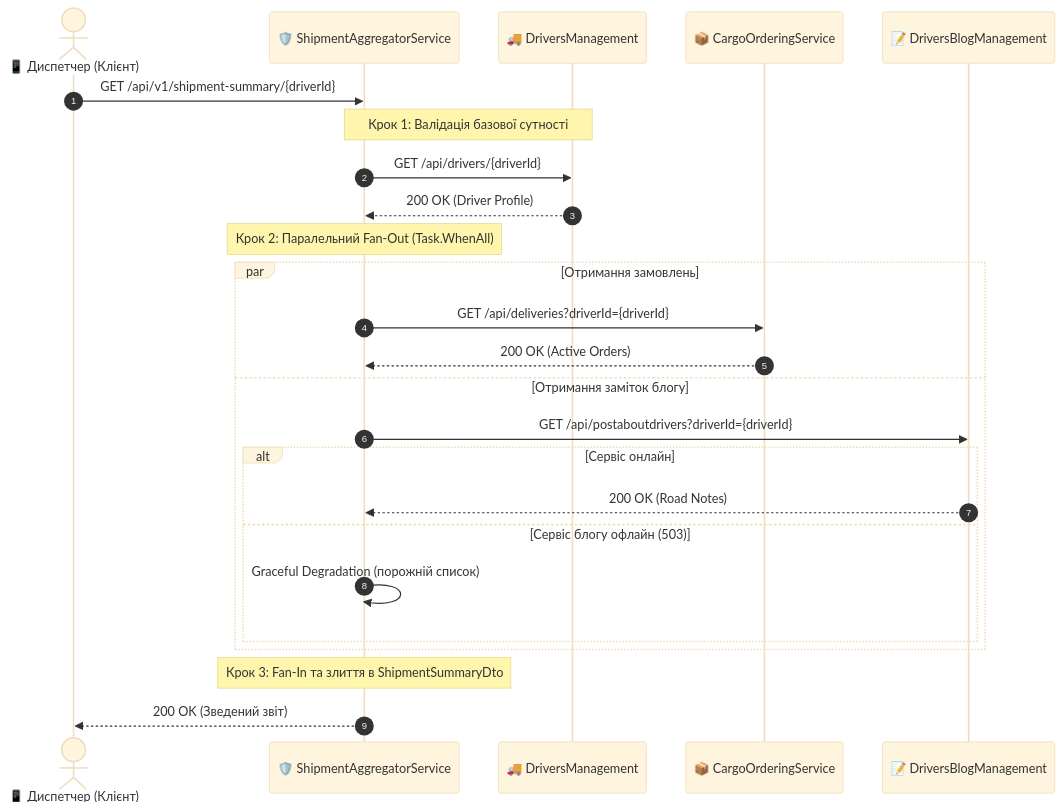
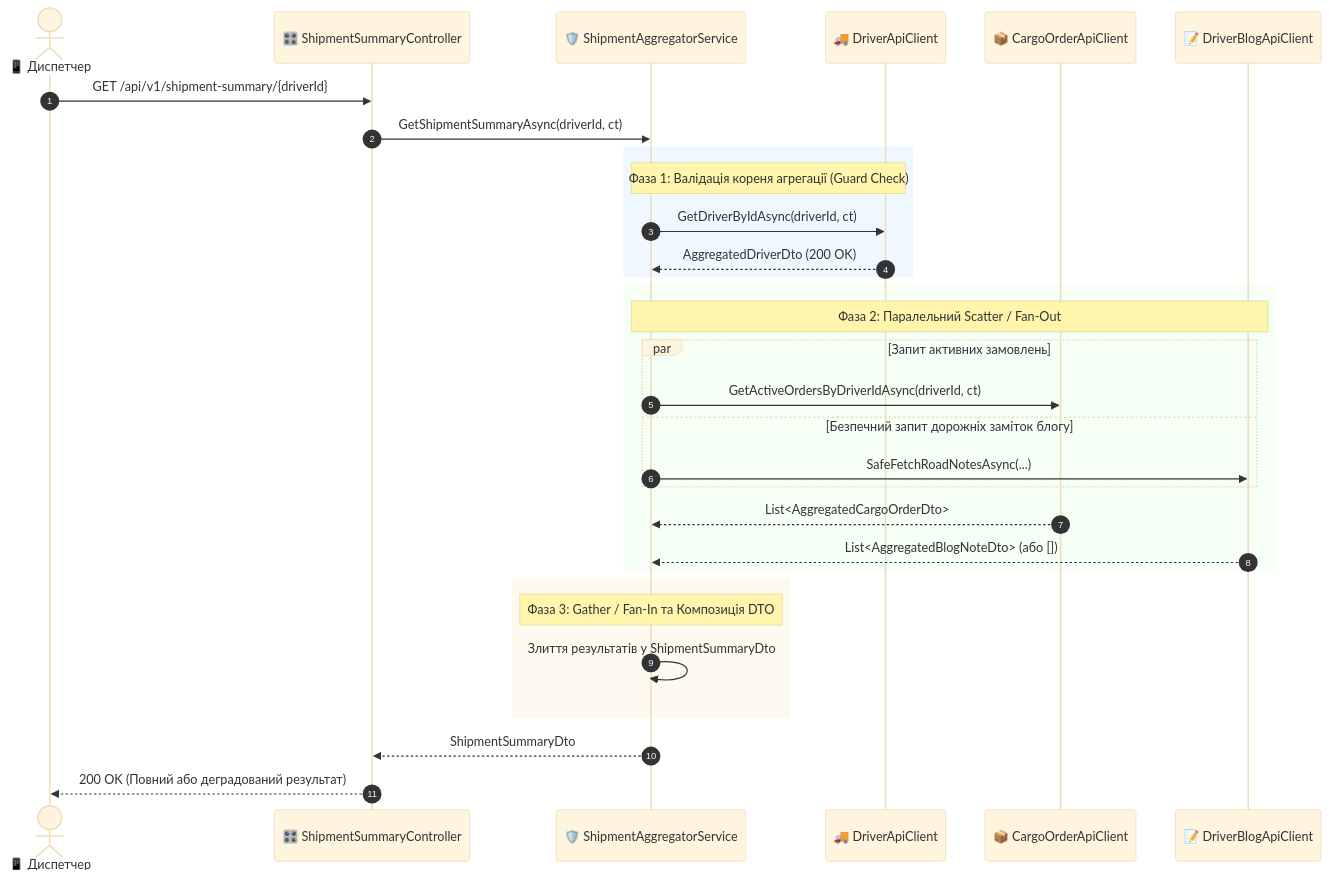
Before and after one commit to MrTomkaYurii/Demo-CargoDeliveryService: the fifth of 6 diagrams in 02-Microservices-Craftsman/02-01-Aspire-Documentation/03_HttpAggregator_Gateway_Architecture_And_Design.md, drawn with Mermaid (base theme). The commit also changed other lines of this file and 5 other files, not shown here.

Commit message:
docs(aspire): expand guides 01-06 into comprehensive masterclass with deep theory, code dissections, and verified mermaid diagrams

````diff
--- a/02-Microservices-Craftsman/02-01-Aspire-Documentation/03_HttpAggregator_Gateway_Architecture_And_Design.md
+++ b/02-Microservices-Craftsman/02-01-Aspire-Documentation/03_HttpAggregator_Gateway_Architecture_And_Design.md
@@ -136,31 +338,38 @@
 ```mermaid
 sequenceDiagram
     autonumber
-    actor UI as 📱 Диспетчер (Клієнт)
-    participant Agg as 🛡️ ShipmentAggregatorService
-    participant DM as 🚚 DriversManagement
-    participant CO as 📦 CargoOrderingService
-    participant DB as 📝 DriversBlogManagement
+    actor UI as 📱 Диспетчер
+    participant Ctrl as 🎛️ ShipmentSummaryController
+    participant Svc as 🛡️ ShipmentAggregatorService
+    participant DM as 🚚 DriverApiClient
+    participant CO as 📦 CargoOrderApiClient
+    participant DB as 📝 DriverBlogApiClient
 
-    UI->>Agg: GET /api/v1/shipment-summary/{driverId}
+    UI->>Ctrl: GET /api/v1/shipment-summary/{driverId}
+    Ctrl->>Svc: GetShipmentSummaryAsync(driverId, ct)
     
-    Note over Agg,DM: Крок 1: Валідація базової сутності
-    Agg->>DM: GET /api/drivers/{driverId}
-    DM-->>Agg: 200 OK (Driver Profile)
-
-    Note over Agg: Крок 2: Паралельний Fan-Out (Task.WhenAll)
-    par Отримання замовлень
-        Agg->>CO: GET /api/deliveries?driverId={driverId}
-        CO-->>Agg: 200 OK (Active Orders)
-    and Отримання заміток блогу
-        Agg->>DB: GET /api/postaboutdrivers?driverId={driverId}
-        alt Сервіс онлайн
-            DB-->>Agg: 200 OK (Road Notes)
-        else Сервіс блогу офлайн (503)
-            Agg->>Agg: Graceful Degradation (порожній список)
+    rect rgb(240, 248, 255)
+        Note over Svc,DM: Фаза 1: Валідація кореня агрегації (Guard Check)
+        Svc->>DM: GetDriverByIdAsync(driverId, ct)
+        DM-->>Svc: AggregatedDriverDto (200 OK)
+    end
+    
+    rect rgb(245, 255, 245)
+        Note over Svc,DB: Фаза 2: Паралельний Scatter / Fan-Out
+        par Запит активних замовлень
+            Svc->>CO: GetActiveOrdersByDriverIdAsync(driverId, ct)
+        and Безпечний запит дорожніх заміток блогу
+            Svc->>DB: SafeFetchRoadNotesAsync(...)
         end
+        CO-->>Svc: List<AggregatedCargoOrderDto>
+        DB-->>Svc: List<AggregatedBlogNoteDto> (або [])
     end
 
-    Note over Agg: Крок 3: Fan-In та злиття в ShipmentSummaryDto
-    Agg-->>UI: 200 OK (Зведений звіт)
+    rect rgb(255, 250, 240)
+        Note over Svc: Фаза 3: Gather / Fan-In та Композиція DTO
+        Svc->>Svc: Злиття результатів у ShipmentSummaryDto
+    end
+    
+    Svc-->>Ctrl: ShipmentSummaryDto
+    Ctrl-->>UI: 200 OK (Повний або деградований результат)
 ```
````
